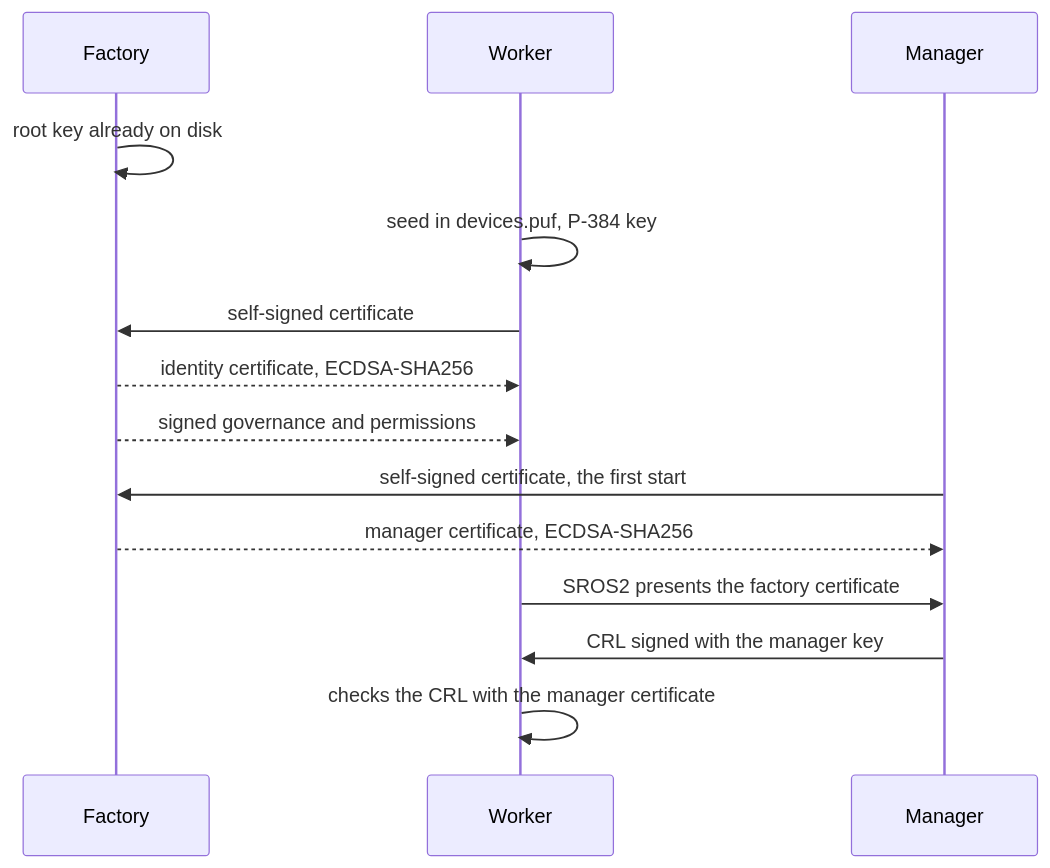
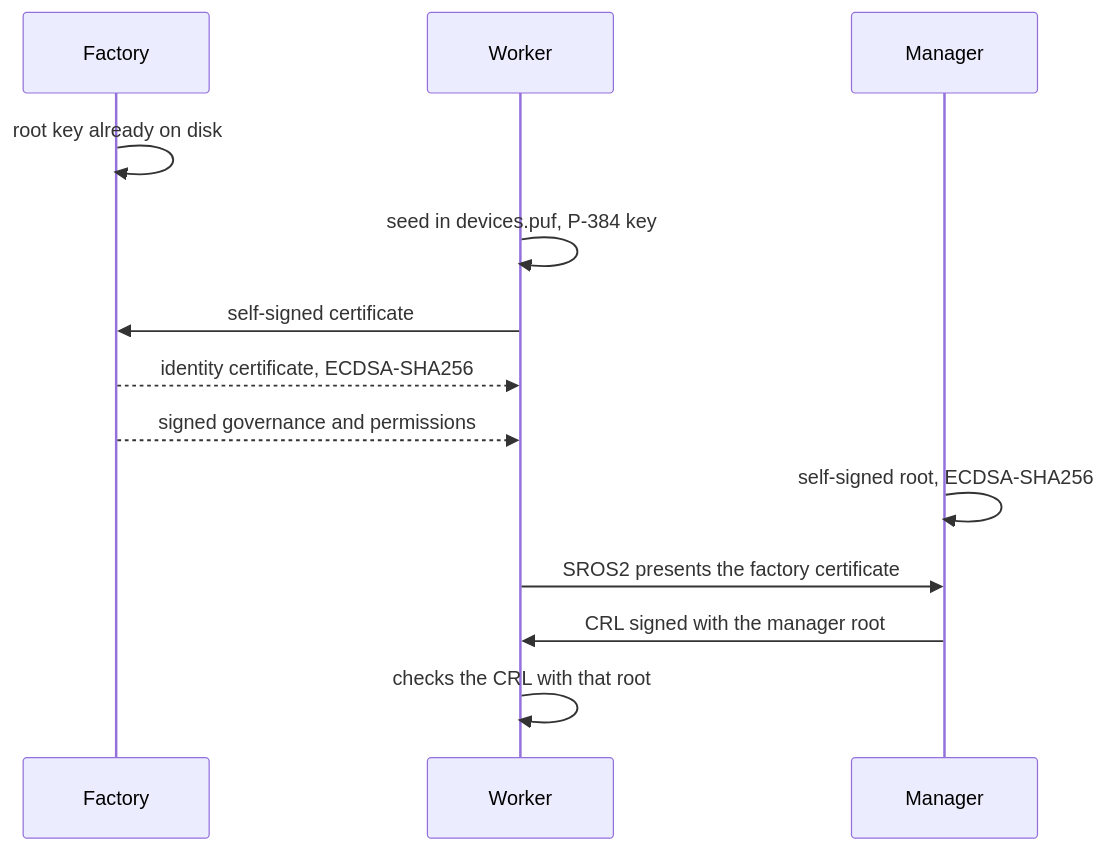
Before and after one commit to jgmatu/postgresql: the fifth of 5 diagrams in TODO.md, drawn with Mermaid. The commit also changed other lines of this file and 21 other files, not shown here.

Commit message:
Make the manager its own root so the factory no longer issues its certificate.

````diff
--- a/TODO.md
+++ b/TODO.md
@@ -187,17 +187,16 @@
 ```mermaid
 sequenceDiagram
     participant factory as Factory
     participant worker as Worker
     participant manager as Manager
 
     factory->>factory: root key already on disk
     worker->>worker: seed in devices.puf, P-384 key
     worker->>factory: self-signed certificate
     factory-->>worker: identity certificate, ECDSA-SHA256
     factory-->>worker: signed governance and permissions
-    manager->>factory: self-signed certificate, the first start
-    factory-->>manager: manager certificate, ECDSA-SHA256
+    manager->>manager: self-signed root, ECDSA-SHA256
     worker->>manager: SROS2 presents the factory certificate
-    manager->>worker: CRL signed with the manager key
-    worker->>worker: checks the CRL with the manager certificate
+    manager->>worker: CRL signed with the manager root
+    worker->>worker: checks the CRL with that root
 ```
````
